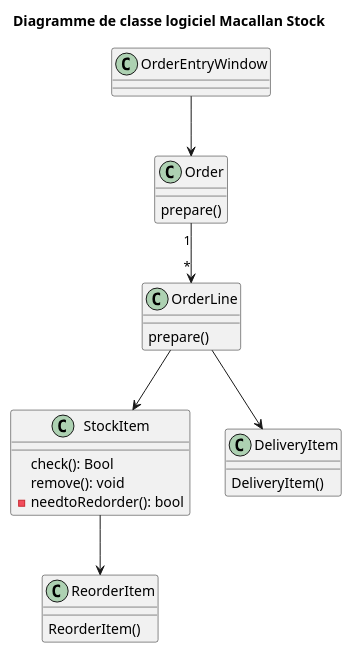
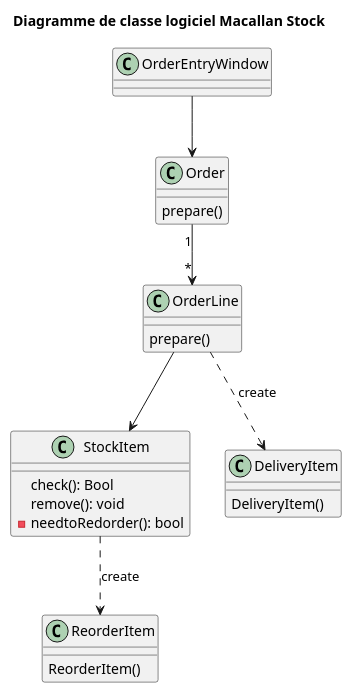
Before and after one commit to yvanross/LOG210-exercices: the diagram in communication/Macallan-DCC.plantuml, drawn with PlantUML. The commit also changed 11 other files, not shown here.

```diff
--- a/communication/Macallan-DCC.plantuml
+++ b/communication/Macallan-DCC.plantuml
@@ -1,33 +1,33 @@
 @startuml
 title Diagramme de classe logiciel Macallan Stock 
 class "OrderEntryWindow" as OEW {
 
 }
 
 class "Order" as O {
   prepare()
 }
 
 class "OrderLine" as OL {
   prepare()
 }
 
 class "StockItem" as SI {
   check(): Bool
   remove(): void 
   -needtoRedorder(): bool
 }
 
 class DeliveryItem {
   DeliveryItem()
 }
 class ReorderItem{
 ReorderItem()
 }
 
 OEW --> O
 O "1" --> "*" OL
 OL --> SI
-SI --> ReorderItem
-OL --> DeliveryItem
+SI .-> ReorderItem: create
+OL .-> DeliveryItem: create
 @enduml
```
